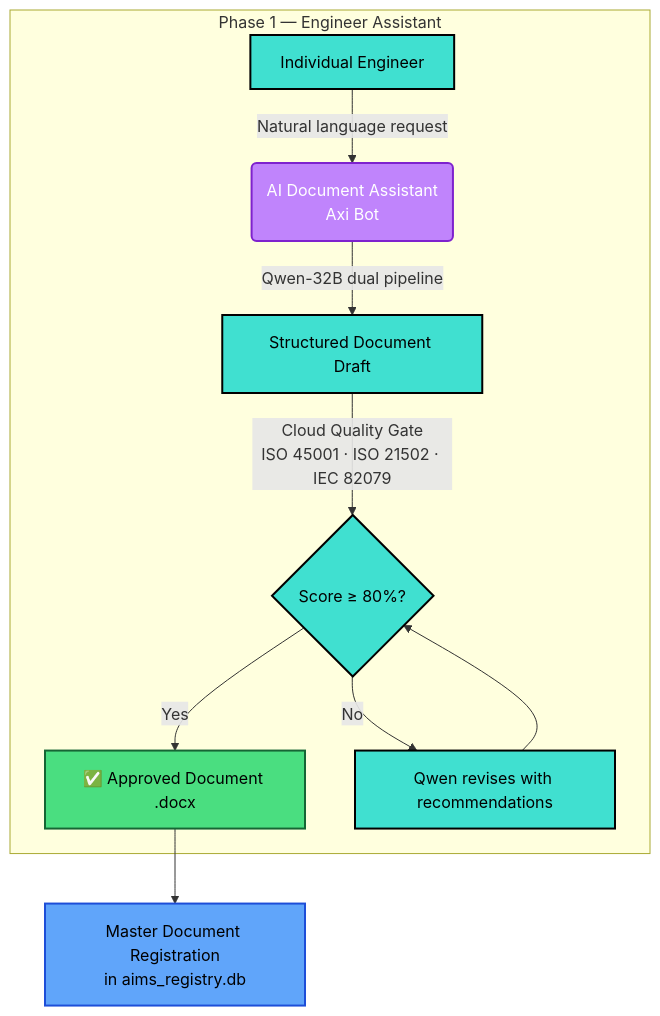
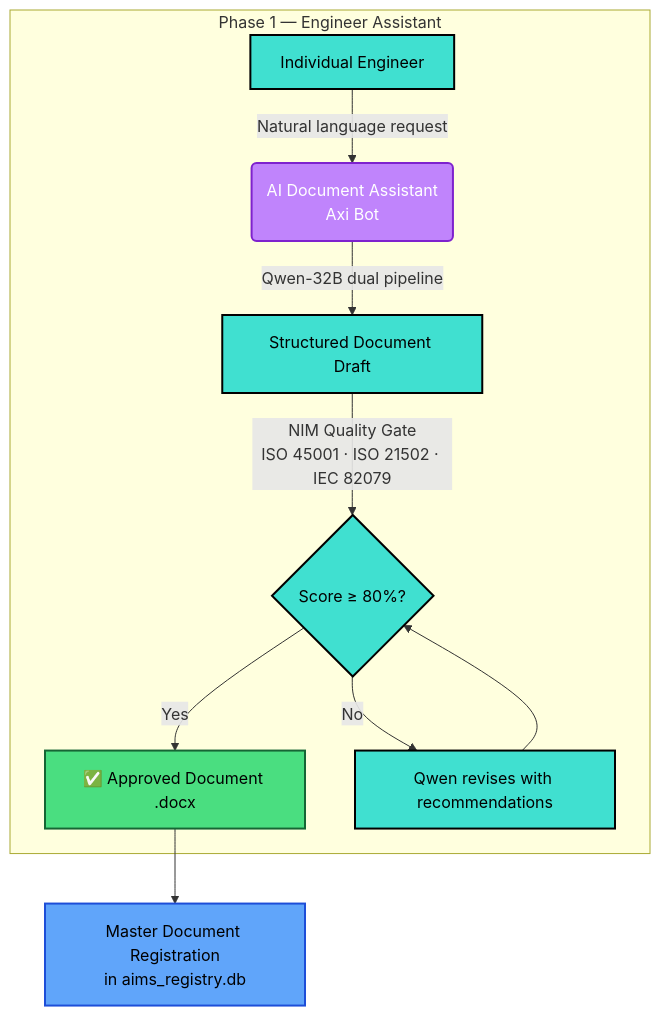
The eighth of 12 diagrams in README.md (AxiOMSphereAssistanceAIMS/AxiOMSphere), drawn with Mermaid before and after one commit. The commit also changed other lines of this file, not shown here.

Commit message:
docs: update README — NIM migration, self-healing layer, Autonomy CP v1 certified

````diff
--- a/README.md
+++ b/README.md
@@ -521,17 +550,17 @@
 ```mermaid
 graph TD
     subgraph "Phase 1 — Engineer Assistant"
         A[Individual Engineer] -->|Natural language request| B("AI Document Assistant\nAxi Bot")
         B -->|"Qwen-32B dual pipeline"| C[Structured Document Draft]
-        C -->|"Cloud Quality Gate\nISO 45001 · ISO 21502 · IEC 82079"| D{"Score ≥ 80%?"}
+        C -->|"NIM Quality Gate\nISO 45001 · ISO 21502 · IEC 82079"| D{"Score ≥ 80%?"}
         D -->|Yes| E["✅ Approved Document .docx"]
         D -->|No| F[Qwen revises with recommendations]
         F --> D
     end
     E --> L["Master Document Registration\nin aims_registry.db"]
 
     style B fill:#c084fc,stroke:#7e22ce,stroke-width:2px,color:#fff
     style E fill:#4ade80,stroke:#166534,stroke-width:2px
     style L fill:#60a5fa,stroke:#1d4ed8,stroke-width:2px
     classDef default fill:#40E0D0,stroke:#000,stroke-width:2px,color:#000;
 ```
````
